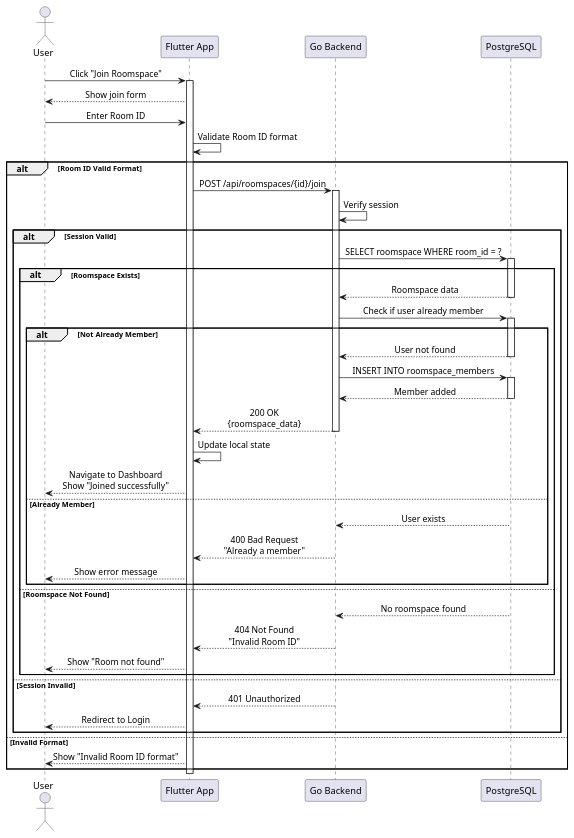
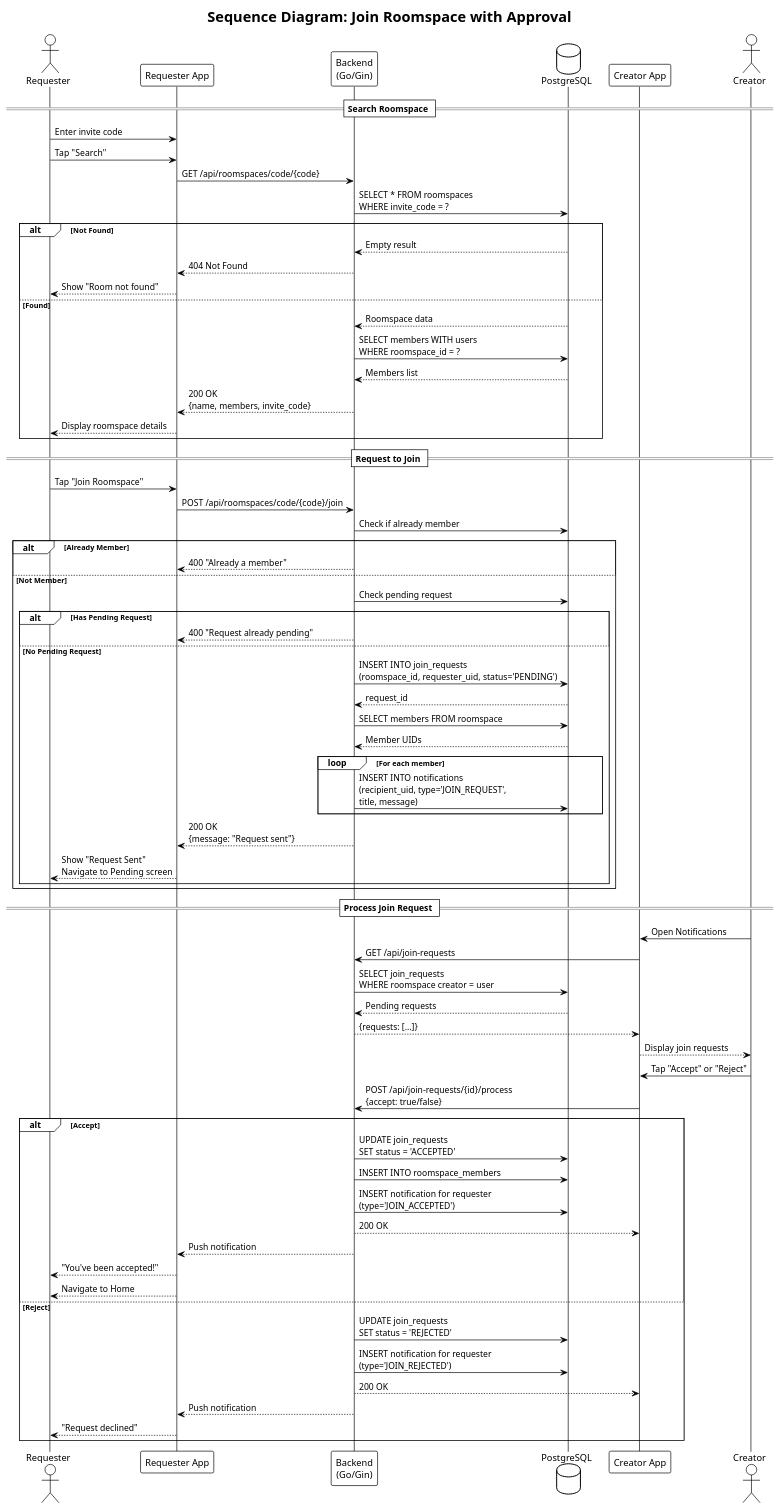
One commit to Sarthakanon/RoomEase changed the diagram in docs/diagrams/sequence-join-roomspace.puml. Above: the diagram before and after it, drawn with PlantUML. The commit also changed 7 other files, not shown here.

Commit message:
Update documentation and diagrams

```diff
--- a/docs/diagrams/sequence-join-roomspace.puml
+++ b/docs/diagrams/sequence-join-roomspace.puml
@@ -1,80 +1,95 @@
-@startuml Join Roomspace Sequence Diagram
+@startuml Sequence Diagram - Join Roomspace (ROOM-F-2.0, ROOM-F-2.1)
+!theme plain
 
-skinparam linetype ortho
-skinparam sequenceMessageAlign center
-skinparam BoxPadding 10
+title Sequence Diagram: Join Roomspace with Approval
 
-actor User
-participant "Flutter App" as App
-participant "Go Backend" as Backend
-participant "PostgreSQL" as DB
+actor Requester as requester
+participant "Requester App" as reqApp
+participant "Backend\n(Go/Gin)" as backend
+database "PostgreSQL" as db
+participant "Creator App" as creatorApp
+actor Creator as creator
 
-User -> App: Click "Join Roomspace"
-activate App
+== Search Roomspace ==
 
-App --> User: Show join form
+requester -> reqApp : Enter invite code
+requester -> reqApp : Tap "Search"
 
-User -> App: Enter Room ID
-App -> App: Validate Room ID format
+reqApp -> backend : GET /api/roomspaces/code/{code}
 
-alt Room ID Valid Format
-    App -> Backend: POST /api/roomspaces/{id}/join
-    activate Backend
+backend -> db : SELECT * FROM roomspaces\nWHERE invite_code = ?
+
+alt Not Found
+    db --> backend : Empty result
+    backend --> reqApp : 404 Not Found
+    reqApp --> requester : Show "Room not found"
+else Found
+    db --> backend : Roomspace data
     
-    Backend -> Backend: Verify session
+    backend -> db : SELECT members WITH users\nWHERE roomspace_id = ?
+    db --> backend : Members list
     
-    alt Session Valid
-        Backend -> DB: SELECT roomspace WHERE room_id = ?
-        activate DB
+    backend --> reqApp : 200 OK\n{name, members, invite_code}
+    reqApp --> requester : Display roomspace details
+end
+
+== Request to Join ==
+
+requester -> reqApp : Tap "Join Roomspace"
+
+reqApp -> backend : POST /api/roomspaces/code/{code}/join
+
+backend -> db : Check if already member
+alt Already Member
+    backend --> reqApp : 400 "Already a member"
+else Not Member
+    backend -> db : Check pending request
+    alt Has Pending Request
+        backend --> reqApp : 400 "Request already pending"
+    else No Pending Request
+        backend -> db : INSERT INTO join_requests\n(roomspace_id, requester_uid, status='PENDING')
+        db --> backend : request_id
         
-        alt Roomspace Exists
-            DB --> Backend: Roomspace data
-            deactivate DB
-            
-            Backend -> DB: Check if user already member
-            activate DB
-            
-            alt Not Already Member
-                DB --> Backend: User not found
-                deactivate DB
-                
-                Backend -> DB: INSERT INTO roomspace_members
-                activate DB
-                DB --> Backend: Member added
-                deactivate DB
-                
-                Backend --> App: 200 OK\n{roomspace_data}
-                deactivate Backend
-                
-                App -> App: Update local state
-                App --> User: Navigate to Dashboard\nShow "Joined successfully"
-                
-            else Already Member
-                DB --> Backend: User exists
-                deactivate DB
-                Backend --> App: 400 Bad Request\n"Already a member"
-                deactivate Backend
-                App --> User: Show error message
-            end
-            
-        else Roomspace Not Found
-            DB --> Backend: No roomspace found
-            deactivate DB
-            Backend --> App: 404 Not Found\n"Invalid Room ID"
-            deactivate Backend
-            App --> User: Show "Room not found"
+        backend -> db : SELECT members FROM roomspace
+        db --> backend : Member UIDs
+        
+        loop For each member
+            backend -> db : INSERT INTO notifications\n(recipient_uid, type='JOIN_REQUEST',\ntitle, message)
         end
         
-    else Session Invalid
-        Backend --> App: 401 Unauthorized
-        deactivate Backend
-        App --> User: Redirect to Login
+        backend --> reqApp : 200 OK\n{message: "Request sent"}
+        reqApp --> requester : Show "Request Sent"\nNavigate to Pending screen
     end
-    
-else Invalid Format
-    App --> User: Show "Invalid Room ID format"
 end
 
-deactivate App
+== Process Join Request ==
+
+creator -> creatorApp : Open Notifications
+creatorApp -> backend : GET /api/join-requests
+backend -> db : SELECT join_requests\nWHERE roomspace creator = user
+db --> backend : Pending requests
+backend --> creatorApp : {requests: [...]}
+creatorApp --> creator : Display join requests
+
+creator -> creatorApp : Tap "Accept" or "Reject"
+creatorApp -> backend : POST /api/join-requests/{id}/process\n{accept: true/false}
+
+alt Accept
+    backend -> db : UPDATE join_requests\nSET status = 'ACCEPTED'
+    backend -> db : INSERT INTO roomspace_members
+    backend -> db : INSERT notification for requester\n(type='JOIN_ACCEPTED')
+    backend --> creatorApp : 200 OK
+    
+    reqApp <-- backend : Push notification
+    reqApp --> requester : "You've been accepted!"
+    reqApp --> requester : Navigate to Home
+else Reject
+    backend -> db : UPDATE join_requests\nSET status = 'REJECTED'
+    backend -> db : INSERT notification for requester\n(type='JOIN_REJECTED')
+    backend --> creatorApp : 200 OK
+    
+    reqApp <-- backend : Push notification
+    reqApp --> requester : "Request declined"
+end
 
 @enduml
```
